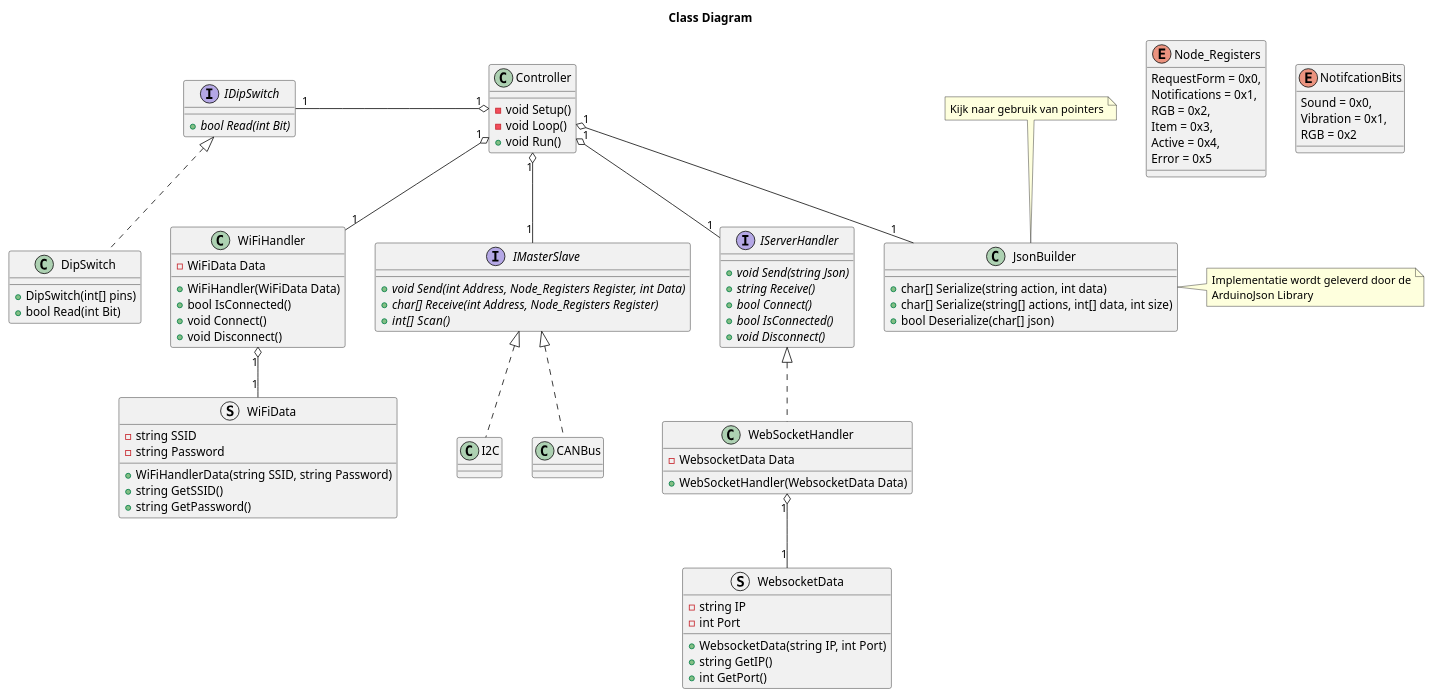
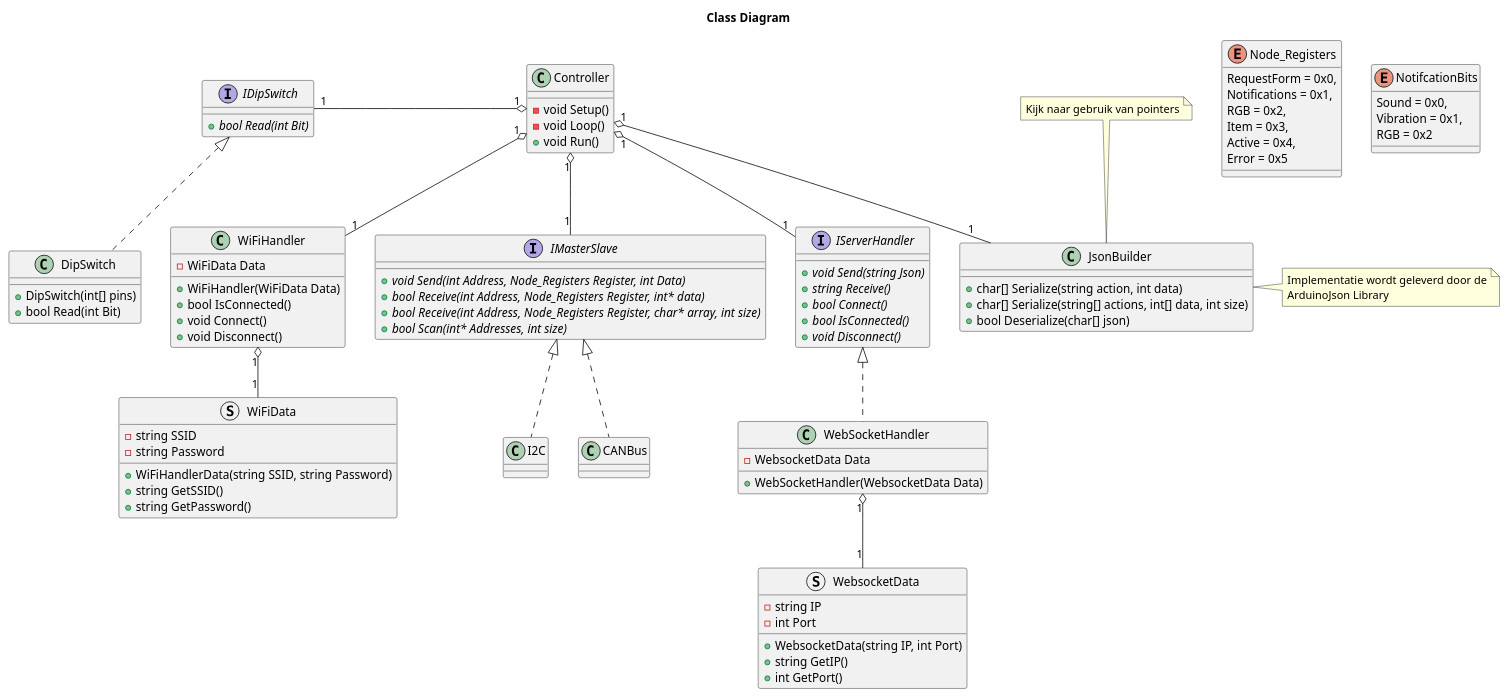
One commit to T3-FindIt/FindIt changed the diagram in Designs/ESP-32/Design.wsd. Above: the diagram before and after it, drawn with PlantUML. The commit also changed 1 other file, not shown here.

```diff
--- a/Designs/ESP-32/Design.wsd
+++ b/Designs/ESP-32/Design.wsd
@@ -1,122 +1,123 @@
 @startuml ClassDiagram
 Title Class Diagram
 
 Class Controller
 {
     {method} - void Setup()
     {method} - void Loop()
     {method} + void Run()
 }
 
 Interface IServerHandler
 {
     {abstract} + void Send(string Json)
     {abstract} + string Receive()
     {abstract} + bool Connect()
     {abstract} + bool IsConnected()
     {abstract} + void Disconnect()
 }
 
 Class WiFiHandler
 {
     {field} - WiFiData Data
     {method} + WiFiHandler(WiFiData Data)
     {method} + bool IsConnected()
     {method} + void Connect()
     {method} + void Disconnect()
 }
 
 Class WebSocketHandler
 {
     {field} - WebsocketData Data
     {method} + WebSocketHandler(WebsocketData Data)
 }
 
 Struct WebsocketData
 {
     {field} - string IP
     {field} - int Port
 
     {method} + WebsocketData(string IP, int Port)
     {method} + string GetIP()
     {method} + int GetPort()
 }
 
 Struct WiFiData
 {
     {field} - string SSID
     {field} - string Password
 
     {method} + WiFiHandlerData(string SSID, string Password)
     {method} + string GetSSID()
     {method} + string GetPassword()
 }
 
 Interface IDipSwitch
 {
     {abstract} + bool Read(int Bit)
 }
 
 class DipSwitch
 {
     {method} + DipSwitch(int[] pins)
     {method} + bool Read(int Bit)
 }
 
 
 Interface IMasterSlave
 {
     {abstract} + void Send(int Address, Node_Registers Register, int Data)
-    {abstract} + char[] Receive(int Address, Node_Registers Register)
-    {abstract} + int[]  Scan()
+    {abstract} + bool Receive(int Address, Node_Registers Register, int* data)
+    {abstract} + bool Receive(int Address, Node_Registers Register, char* array, int size)
+    {abstract} + bool Scan(int* Addresses, int size)
 }
 
 enum Node_Registers
 {
     RequestForm = 0x0,
     Notifications = 0x1,
     RGB = 0x2,
     Item = 0x3,
     Active = 0x4,
     Error = 0x5
 }
 
 enum NotifcationBits 
 {
     Sound = 0x0,
     Vibration = 0x1,
     RGB = 0x2
 }
 
 
 Class JsonBuilder
 {
     {method} + char[] Serialize(string action, int data)
     {method} + char[] Serialize(string[] actions, int[] data, int size)
     {method} + bool Deserialize(char[] json)
 }
 
 note right of JsonBuilder : Implementatie wordt geleverd door de\nArduinoJson Library
 note top of JsonBuilder : Kijk naar gebruik van pointers
 
 ' EMPTY CLASSES
 Class CANBus
 Class I2C
 ' END OF EMPYY CLASSES 
 
 IMasterSlave <|.. I2C
 IMasterSlave <|.. CANBus
 IDipSwitch <|.. DipSwitch
 IServerHandler <|.. WebSocketHandler
 
 Controller "1" o-- "1" WiFiHandler
 Controller "1" o-- "1" IMasterSlave
 Controller "1" o-- "1" JsonBuilder
 Controller "1" o-left- "1" IDipSwitch
 Controller "1" o-- "1" IServerHandler
 
 WiFiHandler "1" o-- "1" WiFiData
 WebSocketHandler "1" o-- "1" WebsocketData
 
 
 @enduml
```
